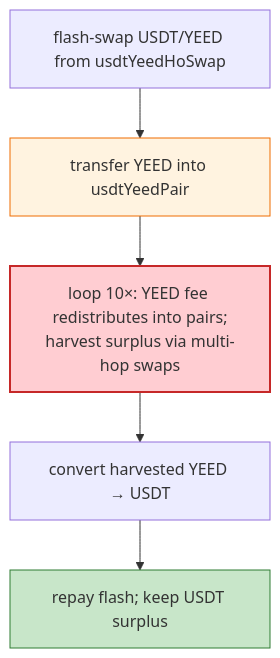
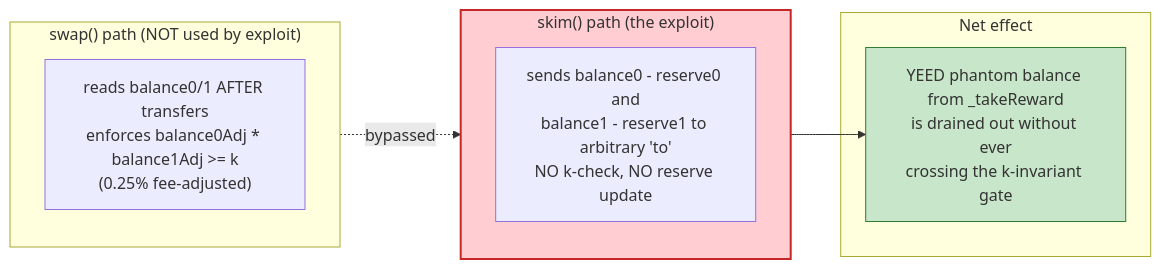
The fourth of 4 diagrams in 2022-04-Zeed_exp/Zeed_exp.md (sanbir/evm-hack-registry), drawn with Mermaid before and after one commit. The commit also changed other lines of this file and 52 other files, not shown here.

````diff
--- a/2022-04-Zeed_exp/Zeed_exp.md
+++ b/2022-04-Zeed_exp/Zeed_exp.md
@@ -62,11 +440,17 @@
 ```mermaid
-flowchart TD
-    FL["flash-swap USDT/YEED from usdtYeedHoSwap"] --> T["transfer YEED into usdtYeedPair"]
-    T --> LOOP["loop 10×: YEED fee redistributes into pairs;<br/>harvest surplus via multi-hop swaps"]
-    LOOP --> CV["convert harvested YEED → USDT"]
-    CV --> RP["repay flash; keep USDT surplus"]
+flowchart LR
+    subgraph Swap["swap() path (NOT used by exploit)"]
+        SW["reads balance0/1 AFTER transfers<br/>enforces balance0Adj * balance1Adj >= k<br/>(0.25% fee-adjusted)"]
+    end
+    subgraph Skim["skim() path (the exploit)"]
+        SK["sends balance0 - reserve0 and<br/>balance1 - reserve1 to arbitrary 'to'<br/>NO k-check, NO reserve update"]
+    end
+    subgraph Result["Net effect"]
+        R["YEED phantom balance from _takeReward<br/>is drained out without ever<br/>crossing the k-invariant gate"]
+    end
+    Swap -.->|"bypassed"| Skim
+    Skim --> R
 
-    style T fill:#fff3e0,stroke:#ef6c00
-    style LOOP fill:#ffcdd2,stroke:#c62828,stroke-width:2px
-    style RP fill:#c8e6c9,stroke:#2e7d32
+    style Skim fill:#ffcdd2,stroke:#c62828,stroke-width:2px
+    style R fill:#c8e6c9,stroke:#2e7d32
 ```
````
